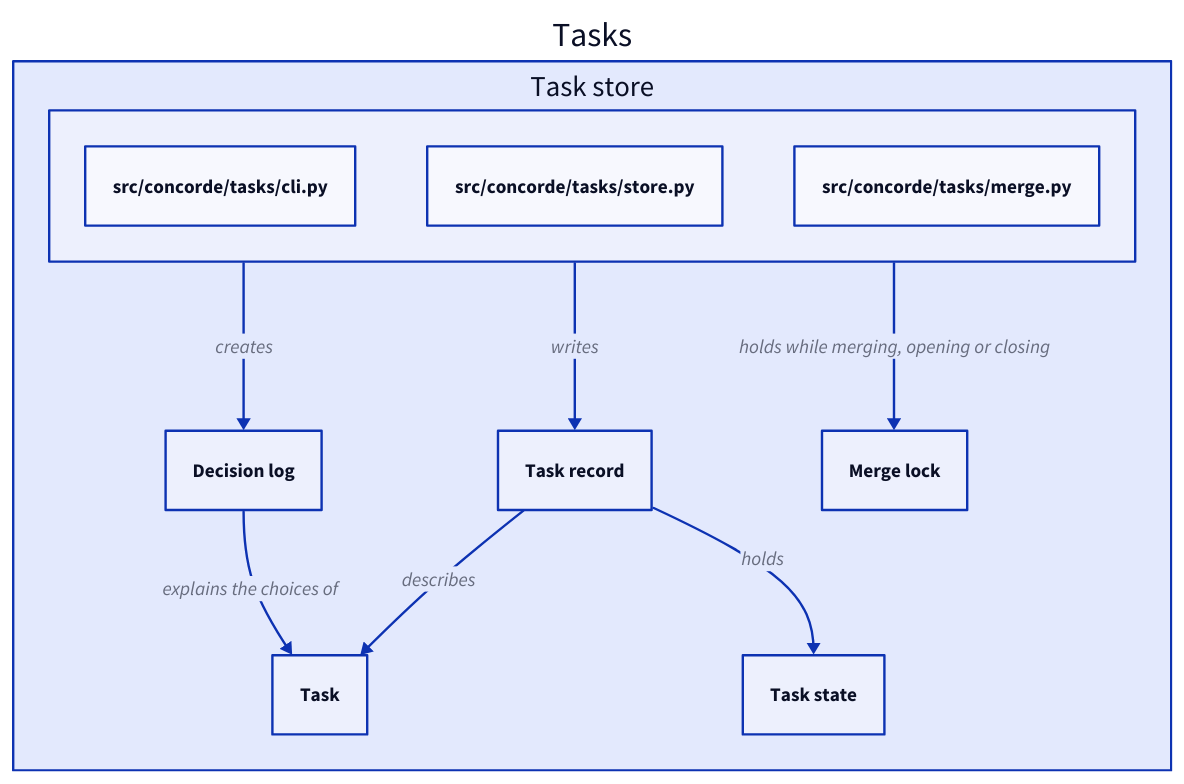
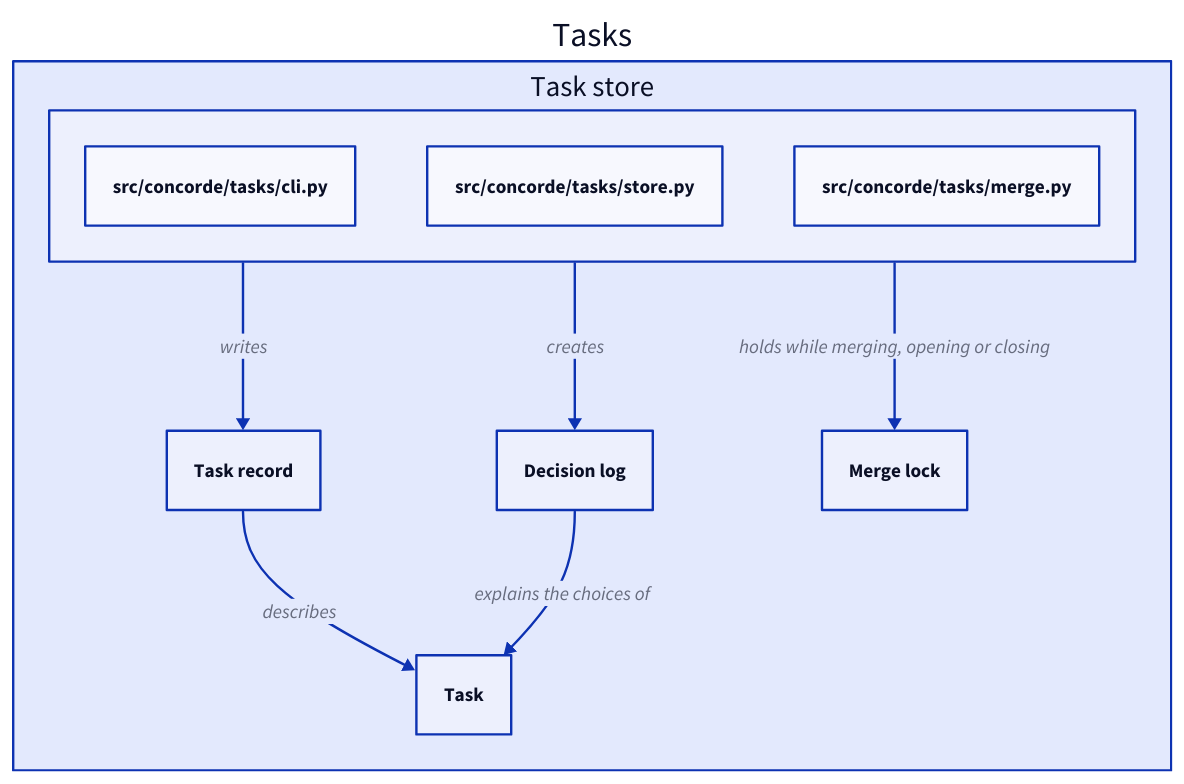
Before and after one commit to FTOD/concorde: the second of 3 diagrams in specs/concorde/coordination/tasks/module.md, drawn with D2. The commit also changed other lines of this file and 66 other files, not shown here.

````diff
--- a/specs/concorde/coordination/tasks/module.md
+++ b/specs/concorde/coordination/tasks/module.md
@@ -361,20 +359,18 @@
 ```d2
 tasks: Tasks {
   store: Task store {
     "src/concorde/tasks/cli.py"
     "src/concorde/tasks/store.py"
     "src/concorde/tasks/merge.py"
   }
   record: Task record
   log: Decision log
   task: Task
-  state: Task state
   lock: Merge lock
   store -> record: writes
   store -> log: creates
   store -> lock: holds while merging, opening or closing
   record -> task: describes
-  record -> state: holds
   log -> task: explains the choices of
 }
 ```
````
